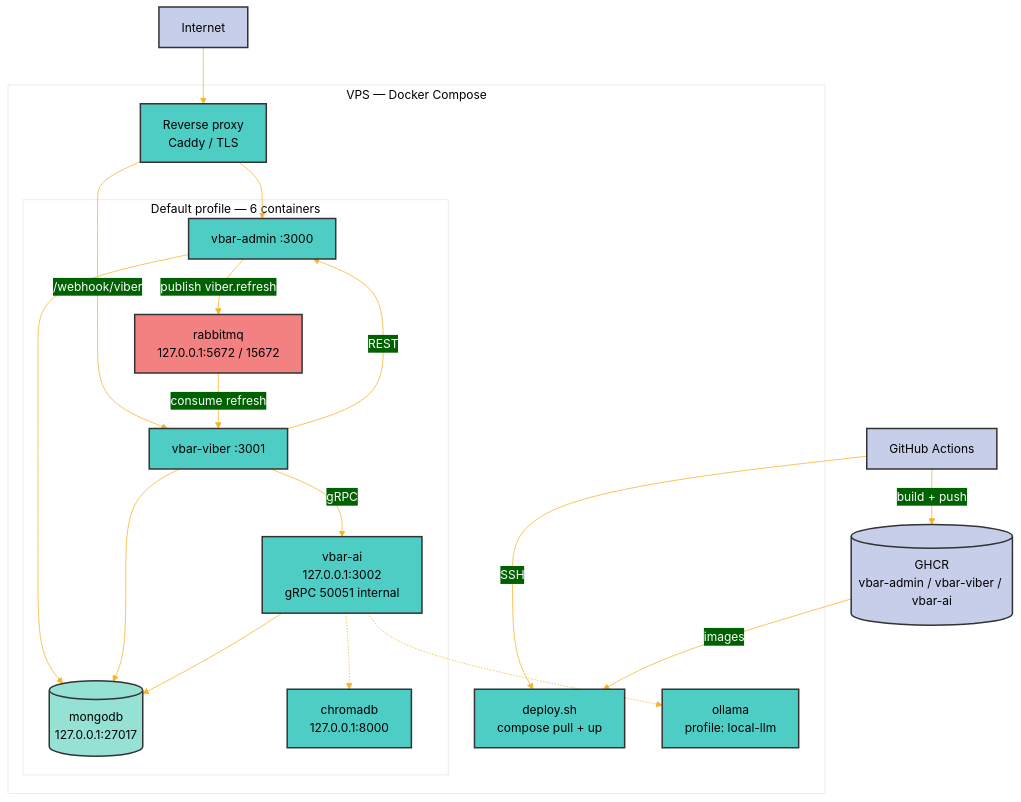
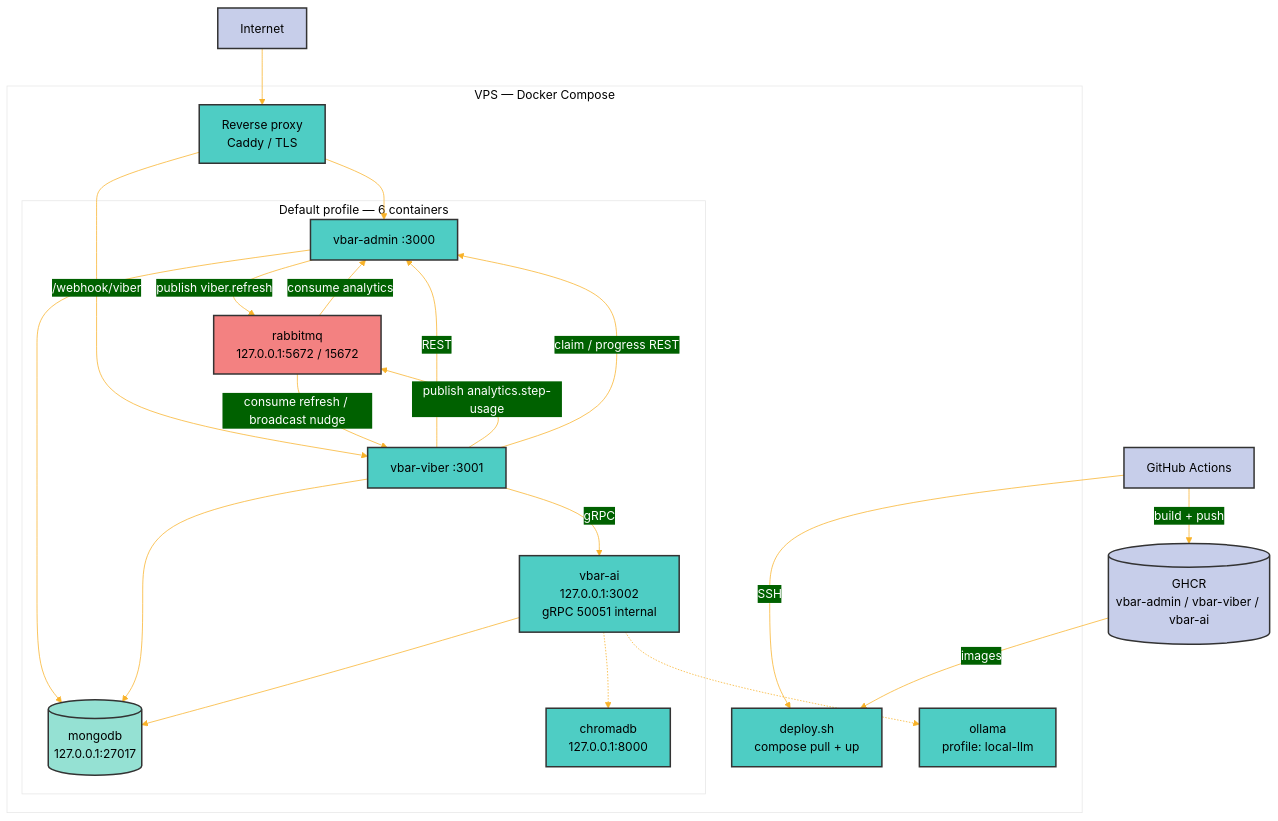
The diagram in documentation/diagrams/deployment.mmd (valiobar/vbar-viber-bot), drawn with Mermaid before and after one commit. The commit also changed 11 other files, not shown here.

```diff
--- a/documentation/diagrams/deployment.mmd
+++ b/documentation/diagrams/deployment.mmd
@@ -1,49 +1,52 @@
 %%{init: {'theme':'base', 'themeVariables': { 'primaryColor':'#ff6b6b','primaryTextColor':'#fff','primaryBorderColor':'#7C0000','lineColor':'#F8B229','secondaryColor':'#006100','tertiaryColor':'#fff'}}}%%
 flowchart TB
     Internet[Internet]
     GHA[GitHub Actions]
     GHCR[(GHCR<br/>vbar-admin / vbar-viber / vbar-ai)]
 
     subgraph VPS["VPS — Docker Compose"]
         Deploy[deploy.sh<br/>compose pull + up]
         Proxy[Reverse proxy<br/>Caddy / TLS]
 
         subgraph Default["Default profile — 6 containers"]
             Admin[vbar-admin :3000]
             Viber[vbar-viber :3001]
             AI[vbar-ai<br/>127.0.0.1:3002<br/>gRPC 50051 internal]
             Mongo[(mongodb<br/>127.0.0.1:27017)]
             Rabbit[rabbitmq<br/>127.0.0.1:5672 / 15672]
             Chroma[chromadb<br/>127.0.0.1:8000]
         end
 
         Ollama[ollama<br/>profile: local-llm]
     end
 
     GHA -->|build + push| GHCR
     GHA -->|SSH| Deploy
     GHCR -->|images| Deploy
 
     Internet --> Proxy
     Proxy --> Admin
     Proxy -->|/webhook/viber| Viber
 
     Viber -->|gRPC| AI
     Viber -->|REST| Admin
     Admin -->|publish viber.refresh| Rabbit
-    Rabbit -->|consume refresh| Viber
+    Rabbit -->|consume refresh / broadcast nudge| Viber
+    Viber -->|publish analytics.step-usage| Rabbit
+    Rabbit -->|consume analytics| Admin
+    Viber -->|claim / progress REST| Admin
     Admin --> Mongo
     Viber --> Mongo
     AI --> Mongo
     AI -.-> Ollama
     AI -.-> Chroma
 
     classDef svc fill:#4ECDC4,stroke:#333,stroke-width:2px,color:#000
     classDef db fill:#95E1D3,stroke:#333,stroke-width:2px,color:#000
     classDef mq fill:#F38181,stroke:#333,stroke-width:2px,color:#000
     classDef ext fill:#C7CEEA,stroke:#333,stroke-width:2px,color:#000
 
     class Admin,Viber,AI,Ollama,Chroma,Proxy,Deploy svc
     class Mongo db
     class Rabbit mq
     class GHA,GHCR,Internet ext
```
